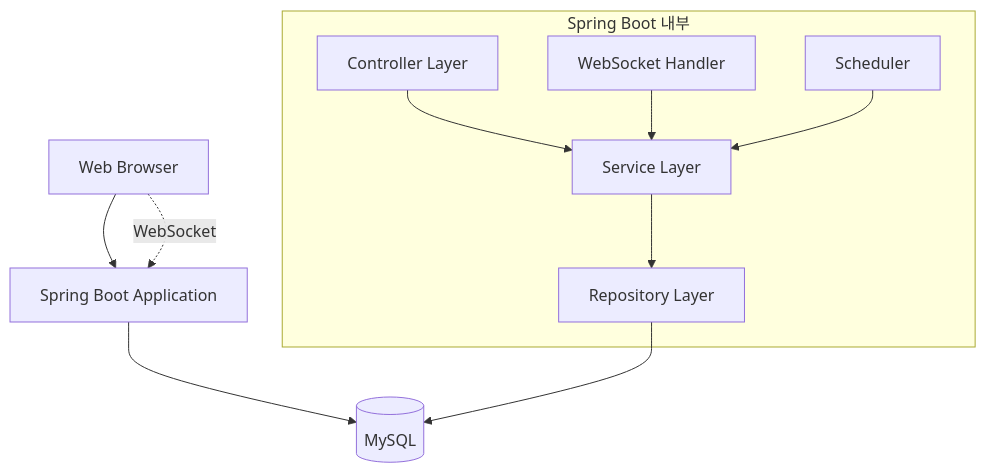
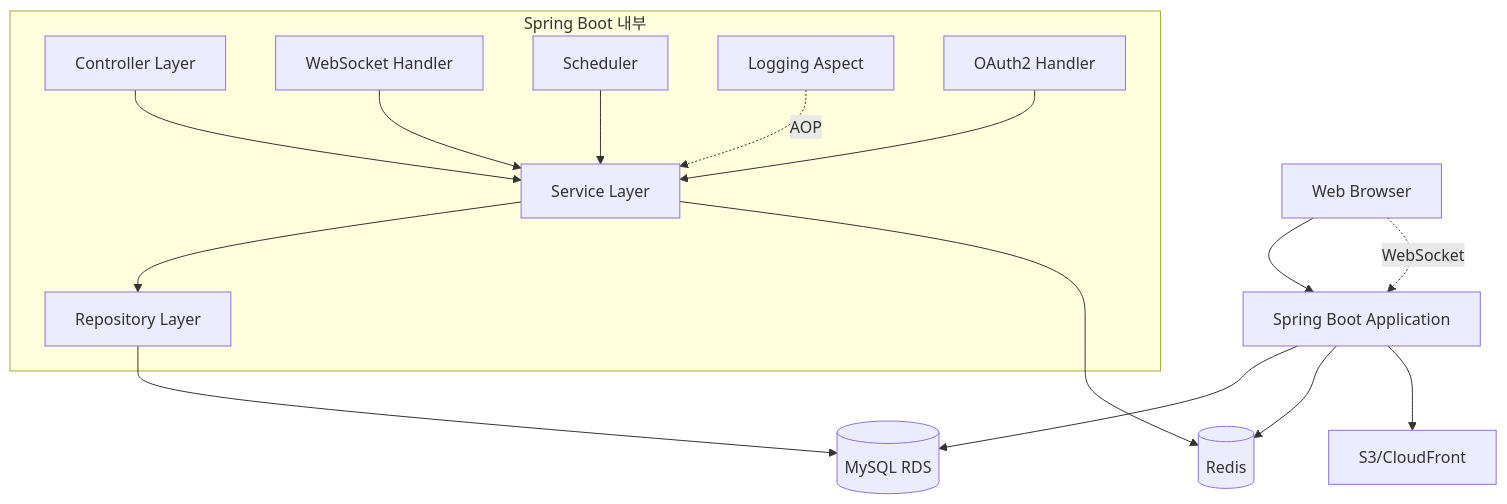
One commit to 9osari/DevBid changed the first of 2 diagrams in docs/Architecture.md. Above: the diagram before and after it, drawn with Mermaid. The commit also changed other lines of this file and 5 other files, not shown here.

````diff
--- a/docs/Architecture.md
+++ b/docs/Architecture.md
@@ -4,20 +4,27 @@
 ```mermaid
 graph TB
     A[Web Browser] --> B[Spring Boot Application]
     A -.->|WebSocket| B
-    B --> C[(MySQL)]
-    
+    B --> C[(MySQL RDS)]
+    B --> D[(Redis)]
+    B --> E[S3/CloudFront]
+
     subgraph "Spring Boot 내부"
-        E[Controller Layer]
-        F[Service Layer]  
-        G[Repository Layer]
-        H[WebSocket Handler]
-        I[Scheduler]
+        F[Controller Layer]
+        G[Service Layer]
+        H[Repository Layer]
+        I[WebSocket Handler]
+        J[Scheduler]
+        K[Logging Aspect]
+        L[OAuth2 Handler]
     end
-    
-    E --> F
+
     F --> G
-    G --> C
-    H --> F
-    I --> F
+    G --> H
+    H --> C
+    I --> G
+    J --> G
+    K -.->|AOP| G
+    L --> G
+    G --> D
 ```
````
